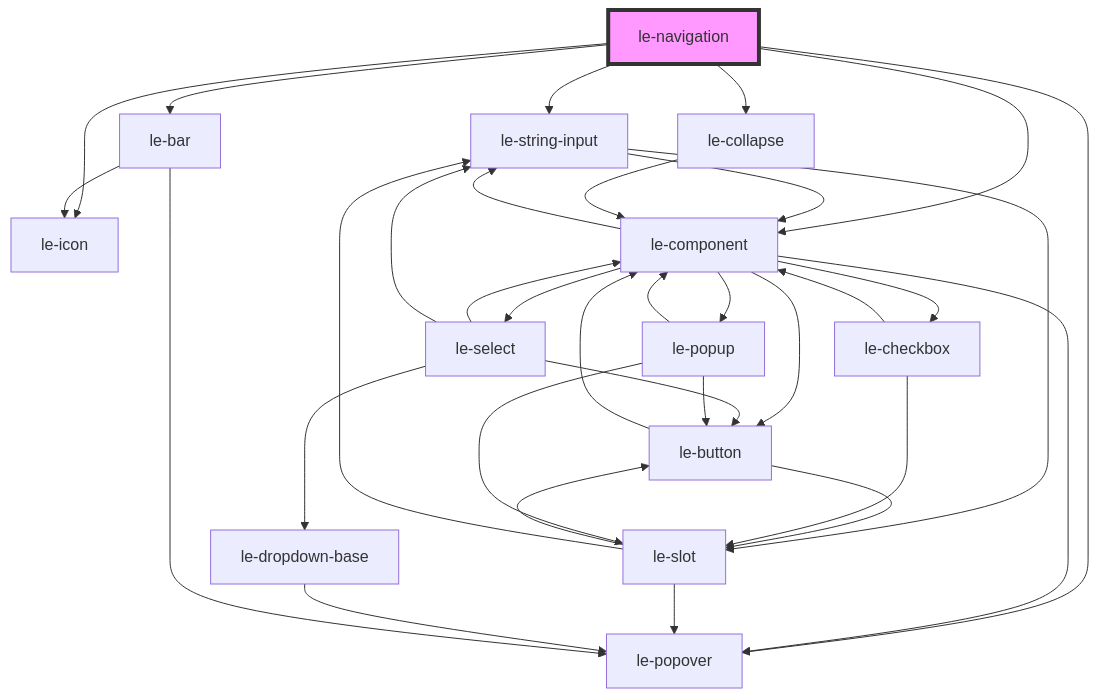
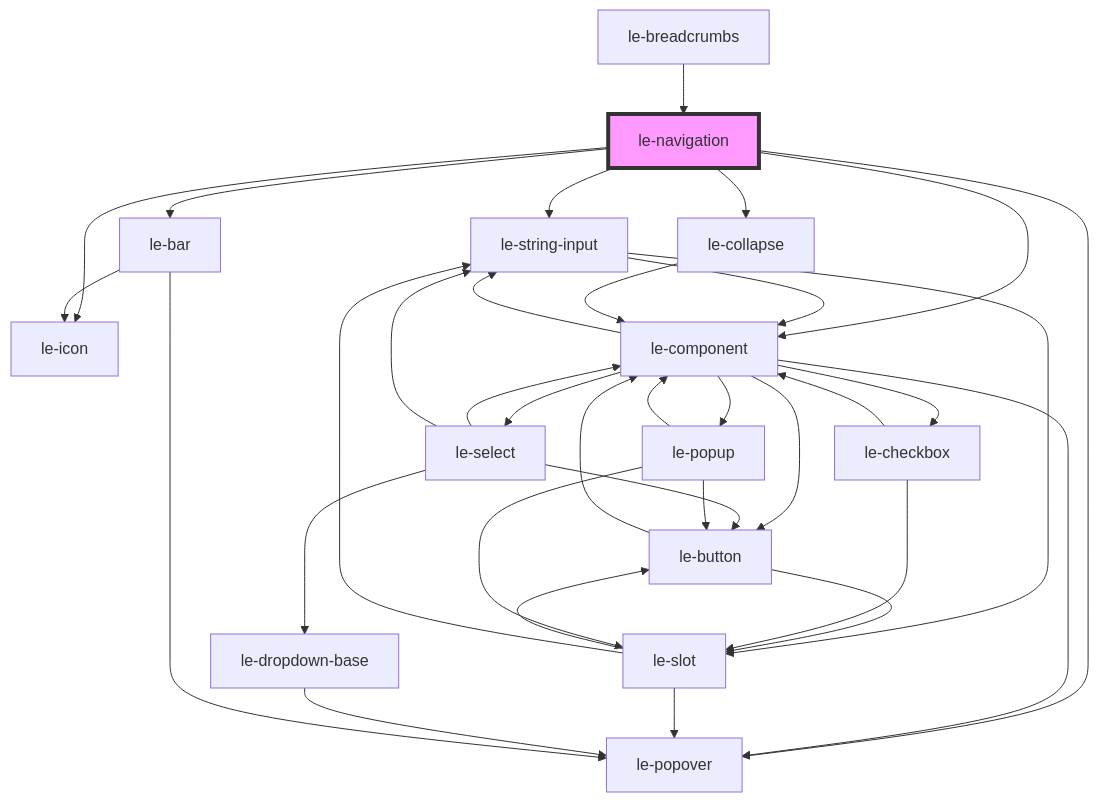
Before and after one commit to leechy/le-kit: the diagram in src/components/le-navigation/readme.md, drawn with Mermaid. The commit also changed other lines of this file and 10 other files, not shown here.

Commit message:
Add <le-breadcrumbs> component for the even better navigation

````diff
--- a/src/components/le-navigation/readme.md
+++ b/src/components/le-navigation/readme.md
@@ -61,36 +65,37 @@
 ```mermaid
 graph TD;
   le-navigation --> le-string-input
   le-navigation --> le-icon
   le-navigation --> le-collapse
   le-navigation --> le-popover
   le-navigation --> le-bar
   le-navigation --> le-component
   le-string-input --> le-component
   le-string-input --> le-slot
   le-component --> le-button
   le-component --> le-select
   le-component --> le-checkbox
   le-component --> le-string-input
   le-component --> le-popover
   le-component --> le-popup
   le-button --> le-component
   le-button --> le-slot
   le-slot --> le-popover
   le-slot --> le-button
   le-slot --> le-string-input
   le-select --> le-component
   le-select --> le-dropdown-base
   le-select --> le-button
   le-select --> le-string-input
   le-dropdown-base --> le-popover
   le-checkbox --> le-component
   le-checkbox --> le-slot
   le-popup --> le-slot
   le-popup --> le-button
   le-popup --> le-component
   le-collapse --> le-component
   le-bar --> le-icon
   le-bar --> le-popover
+  le-breadcrumbs --> le-navigation
   style le-navigation fill:#f9f,stroke:#333,stroke-width:4px
 ```
````
